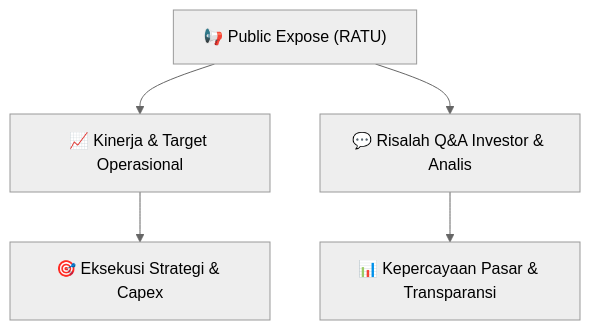
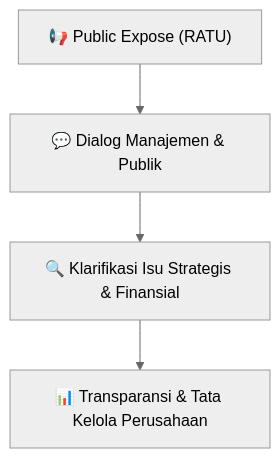
One commit to anYoneo/alphadigest-idx changed the diagram in reports/summaries/public-exposes/hasil-pubex/RATU_Public_Expose_20260915.md. Above: the diagram before and after it, drawn with Mermaid (neutral theme). The commit also changed other lines of this file and 526 other files, not shown here.

````diff
--- a/reports/summaries/public-exposes/hasil-pubex/RATU_Public_Expose_20260915.md
+++ b/reports/summaries/public-exposes/hasil-pubex/RATU_Public_Expose_20260915.md
@@ -15,7 +192,6 @@
 ```mermaid
 flowchart TD
-    A["📢 Public Expose (RATU)"] --> B["📈 Kinerja & Target Operasional"]
-    A --> C["💬 Risalah Q&A Investor & Analis"]
-    B --> D["🎯 Eksekusi Strategi & Capex"]
-    C --> E["📊 Kepercayaan Pasar & Transparansi"]
+    A["📢 Public Expose (RATU)"] --> B["💬 Dialog Manajemen & Publik"]
+    B --> C["🔍 Klarifikasi Isu Strategis & Finansial"]
+    C --> D["📊 Transparansi & Tata Kelola Perusahaan"]
 ```
````
